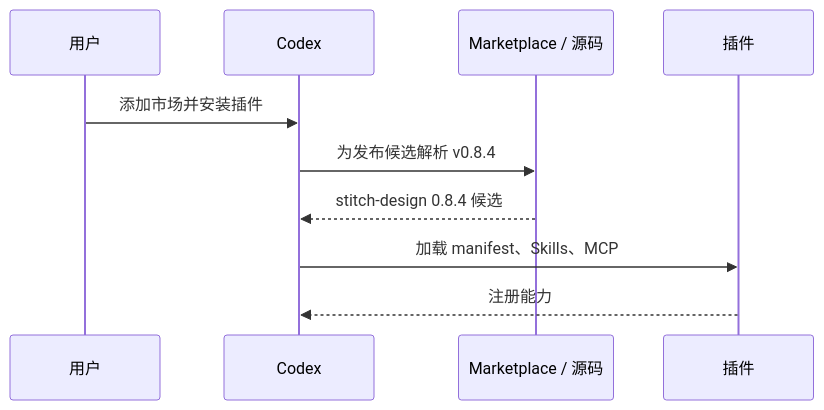
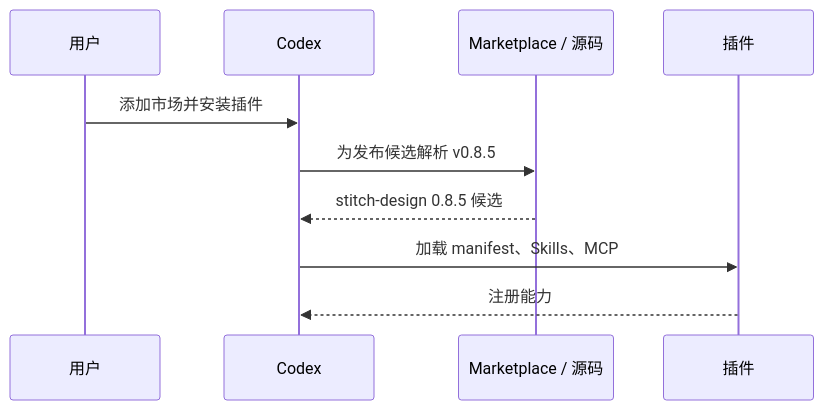
One commit to full-stack-plugins/stitch-design-plugin changed the seventh of 11 diagrams in docs/Stitch-Design-Architecture.zh_CN.md. Above: the diagram before and after it, drawn with Mermaid. The commit also changed other lines of this file and 13 other files, not shown here.

````diff
--- a/docs/Stitch-Design-Architecture.zh_CN.md
+++ b/docs/Stitch-Design-Architecture.zh_CN.md
@@ -173,12 +173,12 @@
 ```mermaid
 sequenceDiagram
     participant U as 用户
     participant C as Codex
     participant M as Marketplace / 源码
     participant P as 插件
     U->>C: 添加市场并安装插件
-    C->>M: 为发布候选解析 v0.8.4
-    M-->>C: stitch-design 0.8.4 候选
+    C->>M: 为发布候选解析 v0.8.5
+    M-->>C: stitch-design 0.8.5 候选
     C->>P: 加载 manifest、Skills、MCP
     P-->>C: 注册能力
 ```
````
